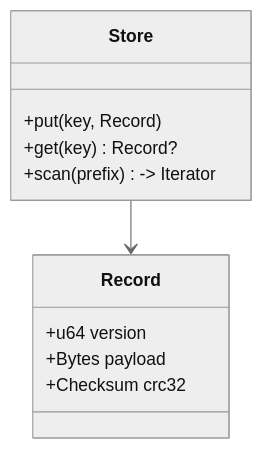
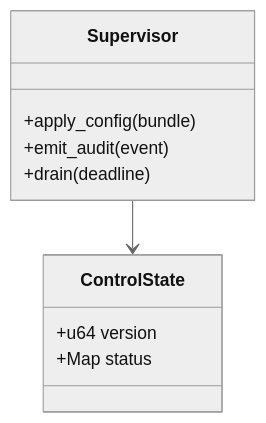
The second of 3 diagrams in crates/macronode/docs/README.MD (Y3LLOWVESTS/rustyonions), drawn with Mermaid (neutral theme) before and after one commit. The commit also changed other lines of this file and 103 other files, not shown here.

````diff
--- a/crates/macronode/docs/README.MD
+++ b/crates/macronode/docs/README.MD
@@ -251,14 +220,13 @@
 ```mermaid
 classDiagram
-  class Record {
+  class ControlState {
     +u64 version
-    +Bytes payload
-    +Checksum crc32
+    +Map status
   }
-  class Store {
-    +put(key, Record)
-    +get(key) Record?
-    +scan(prefix) -> Iterator<Record>
+  class Supervisor {
+    +apply_config(bundle)
+    +emit_audit(event)
+    +drain(deadline)
   }
-  Store --> Record
+  Supervisor --> ControlState
 ```
````
